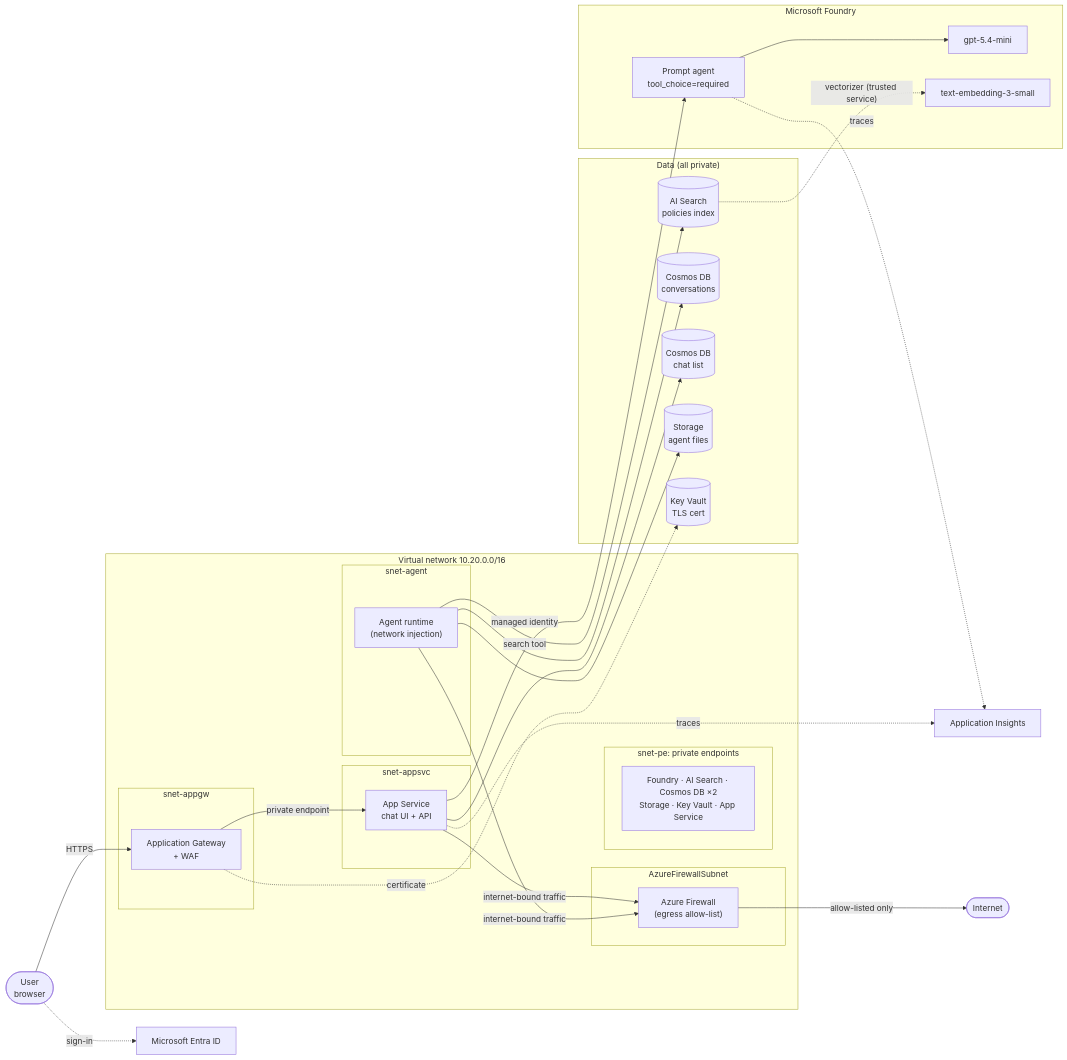
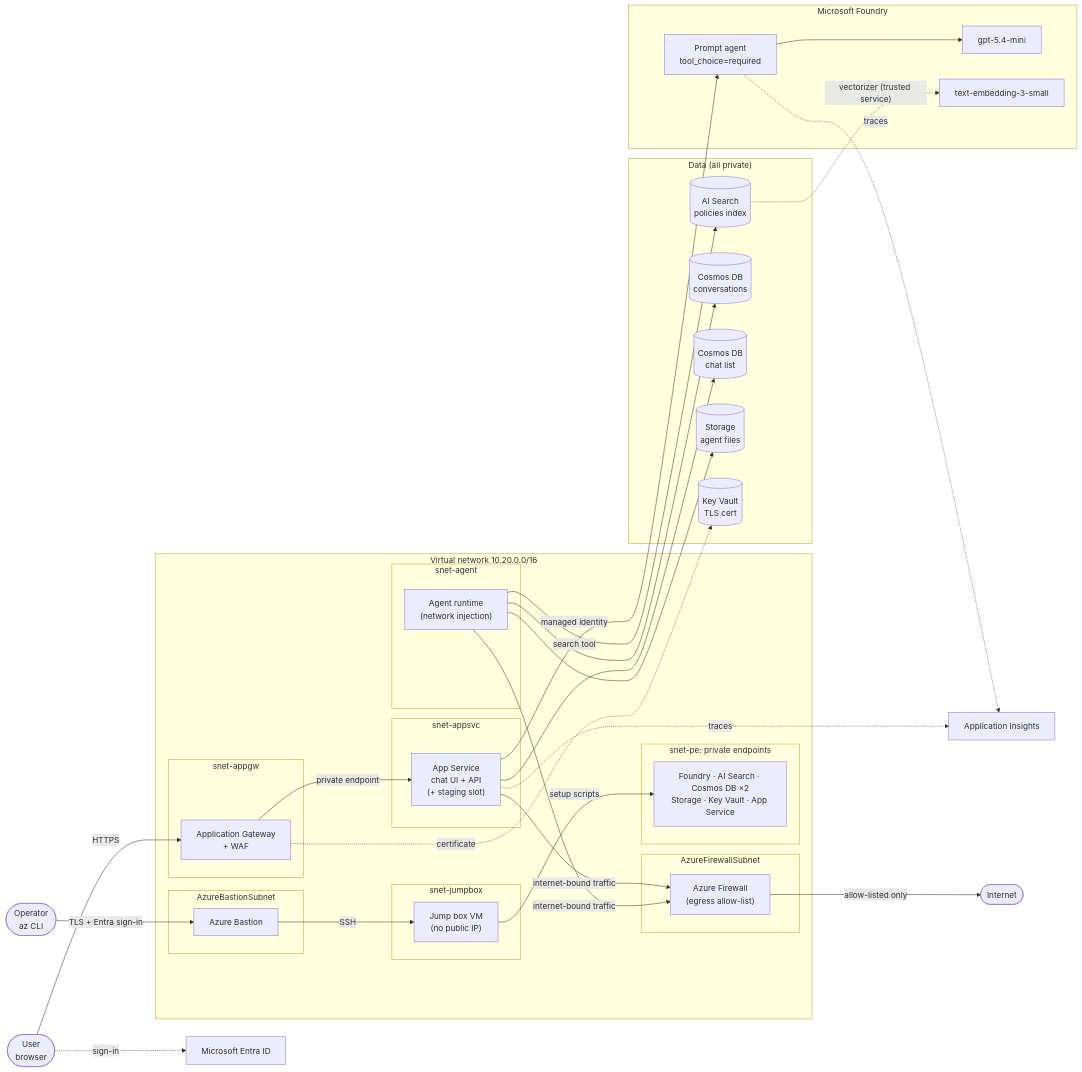
The diagram in python/basic-chatbot/ARCHITECTURE.md (kaldren/azure-ai-demos), drawn with Mermaid before and after one commit. The commit also changed other lines of this file and 5 other files, not shown here.

First line of the commit message:
Add step 7: staging-slot deploys, Bastion + jump box, WAF tuning, teardown

````diff
--- a/python/basic-chatbot/ARCHITECTURE.md
+++ b/python/basic-chatbot/ARCHITECTURE.md
@@ -13,57 +16,67 @@
 ```mermaid
 flowchart LR
     user(["User<br/>browser"])
+    operator(["Operator<br/>az CLI"])
 
     subgraph vnet["Virtual network 10.20.0.0/16"]
         subgraph appgw["snet-appgw"]
             agw["Application Gateway<br/>+ WAF"]
         end
         subgraph appsvc["snet-appsvc"]
-            app["App Service<br/>chat UI + API"]
+            app["App Service<br/>chat UI + API<br/>(+ staging slot)"]
         end
         subgraph agent["snet-agent"]
             runtime["Agent runtime<br/>(network injection)"]
         end
         subgraph pe["snet-pe: private endpoints"]
             pes["Foundry · AI Search · Cosmos DB ×2<br/>Storage · Key Vault · App Service"]
         end
         subgraph fw["AzureFirewallSubnet"]
             firewall["Azure Firewall<br/>(egress allow-list)"]
+        end
+        subgraph bas["AzureBastionSubnet"]
+            bastion["Azure Bastion"]
+        end
+        subgraph jb["snet-jumpbox"]
+            jumpbox["Jump box VM<br/>(no public IP)"]
         end
     end
 
     subgraph foundry["Microsoft Foundry"]
         agentdef["Prompt agent<br/>tool_choice=required"]
         model["gpt-5.4-mini"]
         embed["text-embedding-3-small"]
     end
 
     subgraph data["Data (all private)"]
         search[("AI Search<br/>policies index")]
         cosmos[("Cosmos DB<br/>conversations")]
         sessions[("Cosmos DB<br/>chat list")]
         storage[("Storage<br/>agent files")]
         kv[("Key Vault<br/>TLS cert")]
     end
 
     entra["Microsoft Entra ID"]
     monitor["Application Insights"]
     internet(["Internet"])
 
     user -->|HTTPS| agw
     agw -->|private endpoint| app
     user -.->|sign-in| entra
     app -->|managed identity| agentdef
     agentdef --> model
     runtime -->|search tool| search
     runtime --> cosmos
     runtime --> storage
     search -.->|"vectorizer (trusted service)"| embed
     app --> sessions
     agw -.->|certificate| kv
     app -.->|traces| monitor
     agentdef -.->|traces| monitor
     runtime -->|internet-bound traffic| firewall
     app -->|internet-bound traffic| firewall
     firewall -->|allow-listed only| internet
+    operator -->|"TLS + Entra sign-in"| bastion
+    bastion -->|SSH| jumpbox
+    jumpbox -->|"setup scripts"| pes
 ```
````
